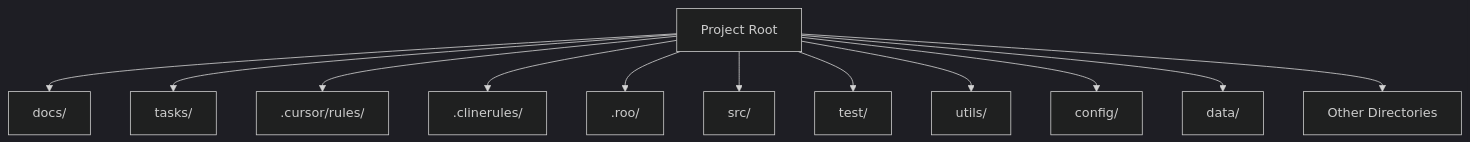
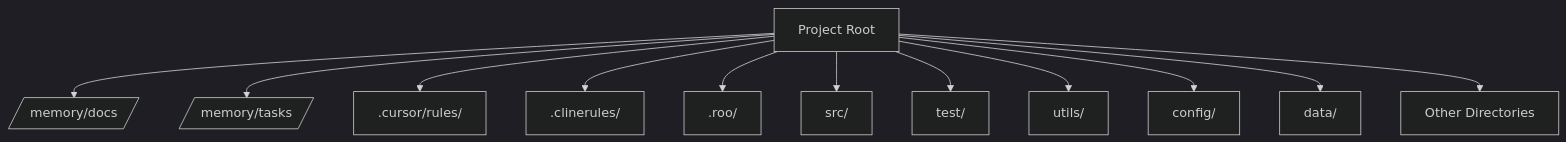
One commit to kundeng/rulebook-ai changed the diagram in rules_template/heavy-spec/01-rules/05-directory-structure.md. Above: the diagram before and after it, drawn with Mermaid (dark theme). The commit also changed 12 other files, not shown here.

````diff
--- a/rules_template/heavy-spec/01-rules/05-directory-structure.md
+++ b/rules_template/heavy-spec/01-rules/05-directory-structure.md
@@ -12,15 +12,15 @@
 ```mermaid
 flowchart TD
     Root[Project Root]
-    Root --> Docs[docs/]
-    Root --> Tasks[tasks/]
+    Root --> Docs[/memory/docs/]
+    Root --> Tasks[/memory/tasks/]
     Root --> Cursor[.cursor/rules/]
     Root --> CLINE[.clinerules/]
     Root --> Roo[.roo/]
     Root --> SourceCode[src/]
     Root --> Test[test/]
     Root --> Utils[utils/]
     Root --> Config[config/]
     Root --> Data[data/]
     Root --> Other[Other Directories]
 ```
````
